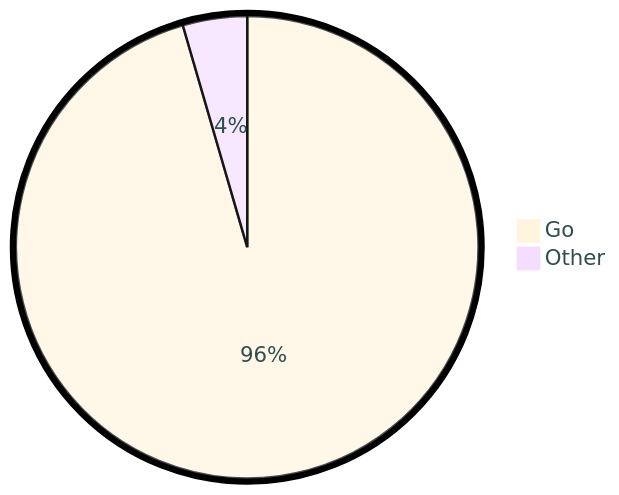
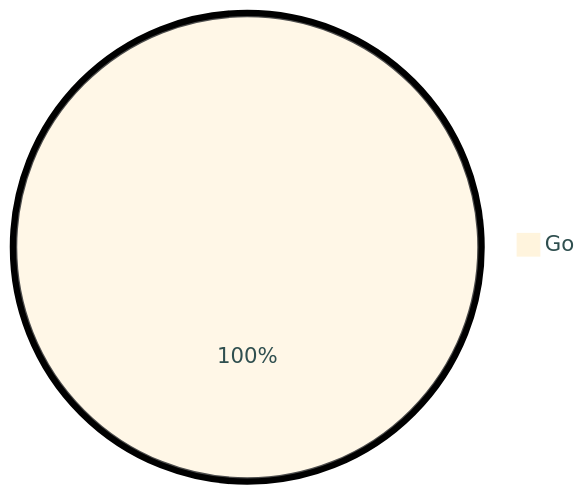
One commit to tot0p/tot0p changed the diagram in README.md. Above: the diagram before and after it, drawn with Mermaid. The commit also changed other lines of this file, not shown here.

````diff
--- a/README.md
+++ b/README.md
@@ -122,6 +113,5 @@
 ```mermaid
 %%{init: {"pie": {"textPosition": 0.5}, "themeVariables": {"pieOuterStrokeWidth": "5px","primaryTextColor" : "#2F4F4F"},"theme":"base"} }%%
 pie
-	"Go": 95.51
-	"Other": 4.499999999999999
+	"Go": 100.0
 ```
````
